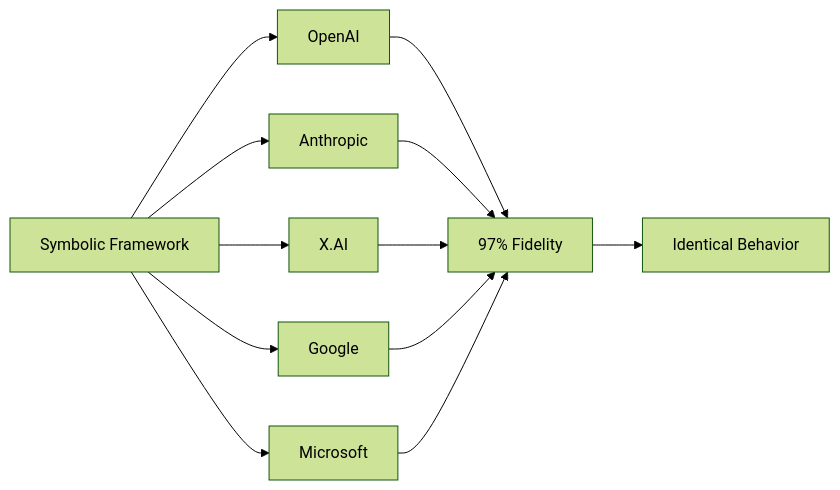
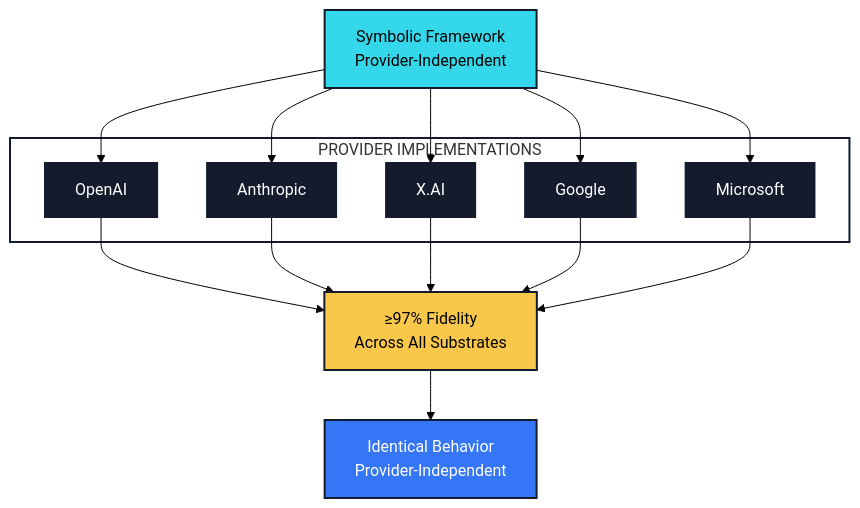
One commit to Feirbrand/synoeticos-public changed the second of 10 diagrams in docs/synoetic-os-v1.0/synoetic-os-v1.0-visualizations.md. Above: the diagram before and after it, drawn with Mermaid (forest theme). The commit also changed other lines of this file and 8 other files, not shown here.

````diff
--- a/docs/synoetic-os-v1.0/synoetic-os-v1.0-visualizations.md
+++ b/docs/synoetic-os-v1.0/synoetic-os-v1.0-visualizations.md
@@ -38,16 +81,37 @@
-<div class="mermaid">
-graph LR
-    A["Symbolic Framework"] --> B["OpenAI"]
-    A --> C["Anthropic"]
-    A --> D["X.AI"]
-    A --> E["Google"]
-    A --> F["Microsoft"]
+```{mermaid}
+graph TB
+    A["Symbolic Framework<br/>Provider-Independent"]
     
-    B --> G["97% Fidelity"]
+    subgraph providers["PROVIDER IMPLEMENTATIONS"]
+        B["OpenAI"]
+        C["Anthropic"]
+        D["X.AI"]
+        E["Google"]
+        F["Microsoft"]
+        style B fill:#131B2C,stroke:#131B2C,stroke-width:2px,color:#fff
+        style C fill:#131B2C,stroke:#131B2C,stroke-width:2px,color:#fff
+        style D fill:#131B2C,stroke:#131B2C,stroke-width:2px,color:#fff
+        style E fill:#131B2C,stroke:#131B2C,stroke-width:2px,color:#fff
+        style F fill:#131B2C,stroke:#131B2C,stroke-width:2px,color:#fff
+    end
+    
+    G["≥97% Fidelity<br/>Across All Substrates"]
+    H["Identical Behavior<br/>Provider-Independent"]
+    
+    A --> B
+    A --> C
+    A --> D
+    A --> E
+    A --> F
+    B --> G
     C --> G
     D --> G
     E --> G
     F --> G
+    G --> H
     
-    G --> H["Identical Behavior"]
-</div>
+    style A fill:#34D8EA,stroke:#131B2C,stroke-width:2px,color:#000
+    style G fill:#F9C84A,stroke:#131B2C,stroke-width:2px,color:#000
+    style H fill:#3576F6,stroke:#131B2C,stroke-width:2px,color:#fff
+    style providers fill:none,stroke:#131B2C,stroke-width:2px
+```
````
